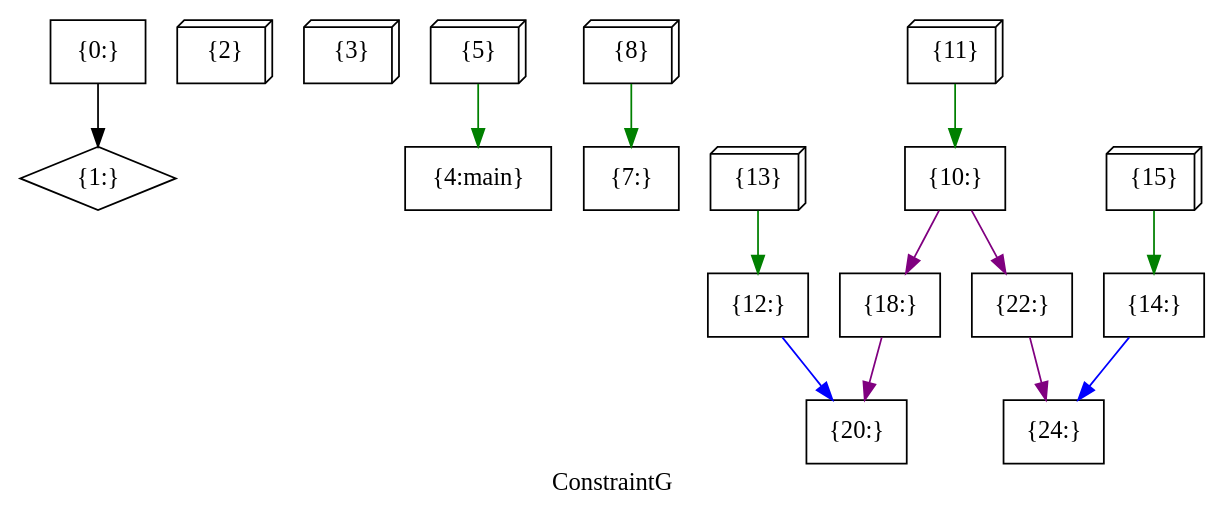
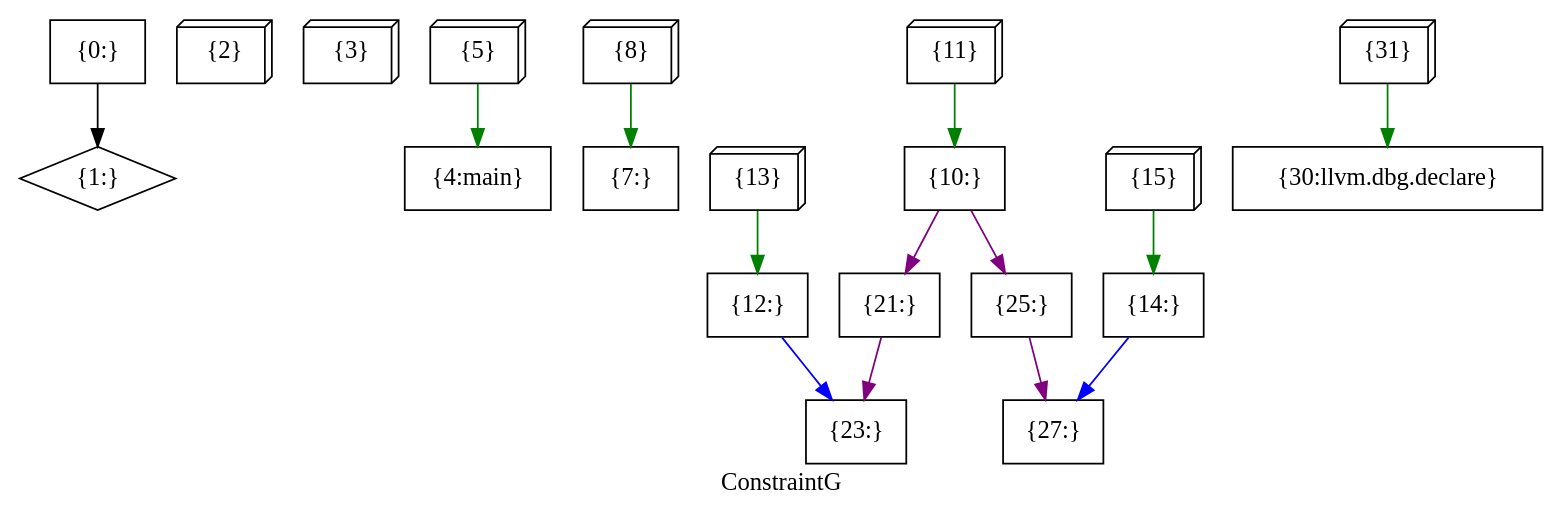
Before and after one commit to BITSAC2025/assignment-5-andersen-Irving0410: the diagram in Assignment-5-Andersen/Test-Cases/array-constIdx.bc.consg.dot, drawn with Graphviz. The commit also changed 2 other files, not shown here.

```diff
--- a/Assignment-5-Andersen/Test-Cases/array-constIdx.bc.consg.dot
+++ b/Assignment-5-Andersen/Test-Cases/array-constIdx.bc.consg.dot
@@ -1,34 +1,37 @@
 digraph "ConstraintG" {
 	label="ConstraintG";
 
-	Node0x55ad7ae3fea0 [shape=record,shape=box,label="{0:}"];
-	Node0x55ad7ae3fea0 -> Node0x55ad7ae6d670[color=black];
-	Node0x55ad7ae6d670 [shape=record,shape=diamond,label="{1:}"];
-	Node0x55ad7ae1e080 [shape=record,shape=box3d,label="{2}"];
-	Node0x55ad7ae266e0 [shape=record,shape=box3d,label="{3}"];
-	Node0x55ad7ae14970 [shape=record,shape=box,label="{4:main}"];
-	Node0x55ad7ae700b0 [shape=record,shape=box3d,label="{5}"];
-	Node0x55ad7ae700b0 -> Node0x55ad7ae14970[color=green];
-	Node0x55ad7ae15be0 [shape=record,shape=box,label="{7:}"];
-	Node0x55ad7ae15690 [shape=record,shape=box3d,label="{8}"];
-	Node0x55ad7ae15690 -> Node0x55ad7ae15be0[color=green];
-	Node0x55ad7ae0e110 [shape=record,shape=box,label="{10:}"];
-	Node0x55ad7ae0e110 -> Node0x55ad7ae50c30[color=purple];
-	Node0x55ad7ae0e110 -> Node0x55ad7ae1e9d0[color=purple];
-	Node0x55ad7ae40c10 [shape=record,shape=box3d,label="{11}"];
-	Node0x55ad7ae40c10 -> Node0x55ad7ae0e110[color=green];
-	Node0x55ad7ae6e7d0 [shape=record,shape=box,label="{12:}"];
-	Node0x55ad7ae6e7d0 -> Node0x55ad7ae60b80[color=blue];
-	Node0x55ad7ae606f0 [shape=record,shape=box3d,label="{13}"];
-	Node0x55ad7ae606f0 -> Node0x55ad7ae6e7d0[color=green];
-	Node0x55ad7ae65890 [shape=record,shape=box,label="{14:}"];
-	Node0x55ad7ae65890 -> Node0x55ad7ae56240[color=blue];
-	Node0x55ad7ae689c0 [shape=record,shape=box3d,label="{15}"];
-	Node0x55ad7ae689c0 -> Node0x55ad7ae65890[color=green];
-	Node0x55ad7ae50c30 [shape=record,shape=box,label="{18:}"];
-	Node0x55ad7ae50c30 -> Node0x55ad7ae60b80[color=purple];
-	Node0x55ad7ae60b80 [shape=record,shape=box,label="{20:}"];
-	Node0x55ad7ae1e9d0 [shape=record,shape=box,label="{22:}"];
-	Node0x55ad7ae1e9d0 -> Node0x55ad7ae56240[color=purple];
-	Node0x55ad7ae56240 [shape=record,shape=box,label="{24:}"];
+	Node0x55d3539687e0 [shape=record,shape=box,label="{0:}"];
+	Node0x55d3539687e0 -> Node0x55d353965a70[color=black];
+	Node0x55d353965a70 [shape=record,shape=diamond,label="{1:}"];
+	Node0x55d353937200 [shape=record,shape=box3d,label="{2}"];
+	Node0x55d353945680 [shape=record,shape=box3d,label="{3}"];
+	Node0x55d353915360 [shape=record,shape=box,label="{4:main}"];
+	Node0x55d3539284d0 [shape=record,shape=box3d,label="{5}"];
+	Node0x55d3539284d0 -> Node0x55d353915360[color=green];
+	Node0x55d3538f2b70 [shape=record,shape=box,label="{7:}"];
+	Node0x55d35391d4c0 [shape=record,shape=box3d,label="{8}"];
+	Node0x55d35391d4c0 -> Node0x55d3538f2b70[color=green];
+	Node0x55d353964f60 [shape=record,shape=box,label="{10:}"];
+	Node0x55d353964f60 -> Node0x55d35394c0f0[color=purple];
+	Node0x55d353964f60 -> Node0x55d35395cd10[color=purple];
+	Node0x55d353906230 [shape=record,shape=box3d,label="{11}"];
+	Node0x55d353906230 -> Node0x55d353964f60[color=green];
+	Node0x55d353905ce0 [shape=record,shape=box,label="{12:}"];
+	Node0x55d353905ce0 -> Node0x55d353967360[color=blue];
+	Node0x55d353928a00 [shape=record,shape=box3d,label="{13}"];
+	Node0x55d353928a00 -> Node0x55d353905ce0[color=green];
+	Node0x55d3539661a0 [shape=record,shape=box,label="{14:}"];
+	Node0x55d3539661a0 -> Node0x55d3539488d0[color=blue];
+	Node0x55d353912740 [shape=record,shape=box3d,label="{15}"];
+	Node0x55d353912740 -> Node0x55d3539661a0[color=green];
+	Node0x55d35394c0f0 [shape=record,shape=box,label="{21:}"];
+	Node0x55d35394c0f0 -> Node0x55d353967360[color=purple];
+	Node0x55d353967360 [shape=record,shape=box,label="{23:}"];
+	Node0x55d35395cd10 [shape=record,shape=box,label="{25:}"];
+	Node0x55d35395cd10 -> Node0x55d3539488d0[color=purple];
+	Node0x55d3539488d0 [shape=record,shape=box,label="{27:}"];
+	Node0x55d35394df20 [shape=record,shape=box,label="{30:llvm.dbg.declare}"];
+	Node0x55d353930660 [shape=record,shape=box3d,label="{31}"];
+	Node0x55d353930660 -> Node0x55d35394df20[color=green];
 }
```
